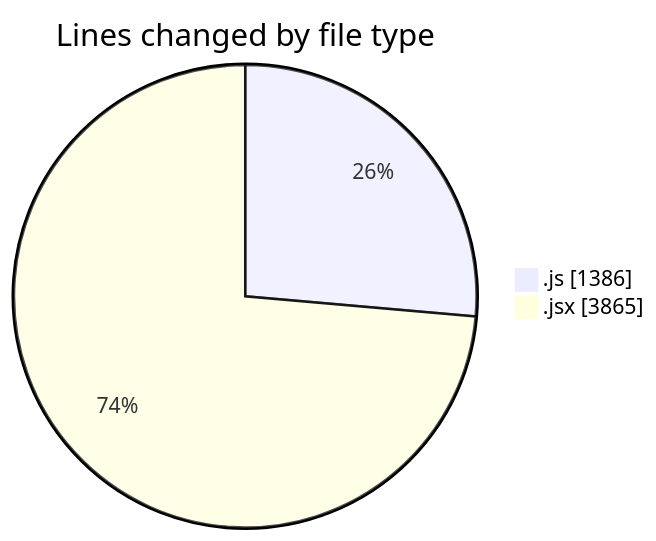
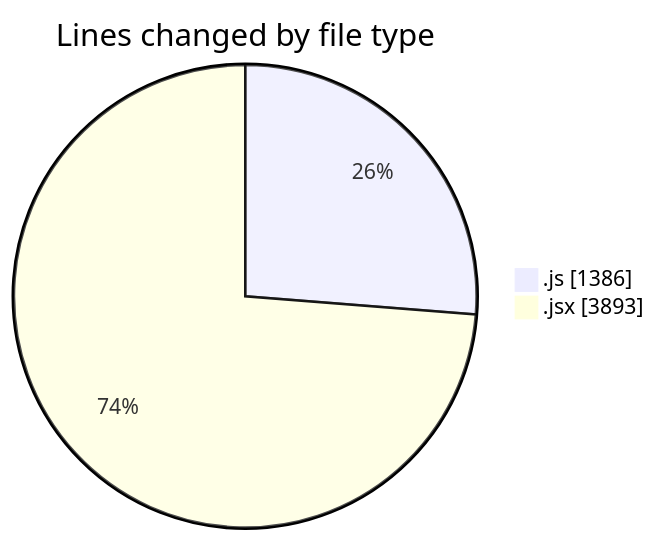
One commit to nxtqubesakshisongat/code-tracking changed the first of 2 diagrams in 2026-01-19/nxtqube_webapp/README.md. Above: the diagram before and after it, drawn with Mermaid. The commit also changed other lines of this file and 1 other file, not shown here.

````diff
--- a/2026-01-19/nxtqube_webapp/README.md
+++ b/2026-01-19/nxtqube_webapp/README.md
@@ -28,6 +28,6 @@
 ```mermaid
 pie showData
 title Lines changed by file type
 ".js" : 1386
-".jsx" : 3865
+".jsx" : 3893
 ```
````
